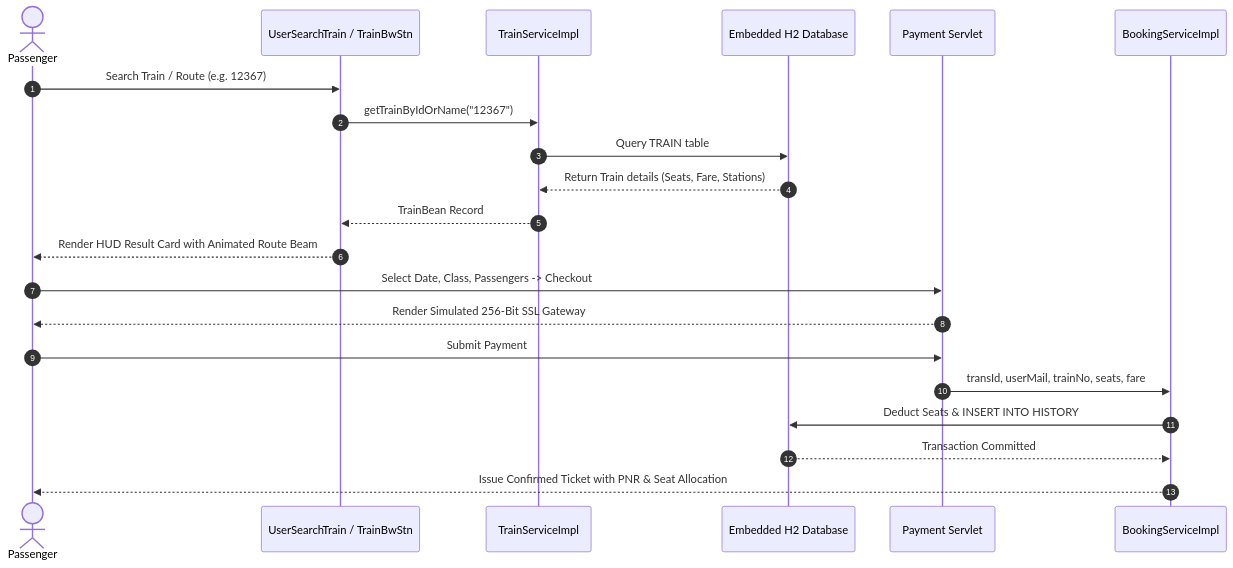
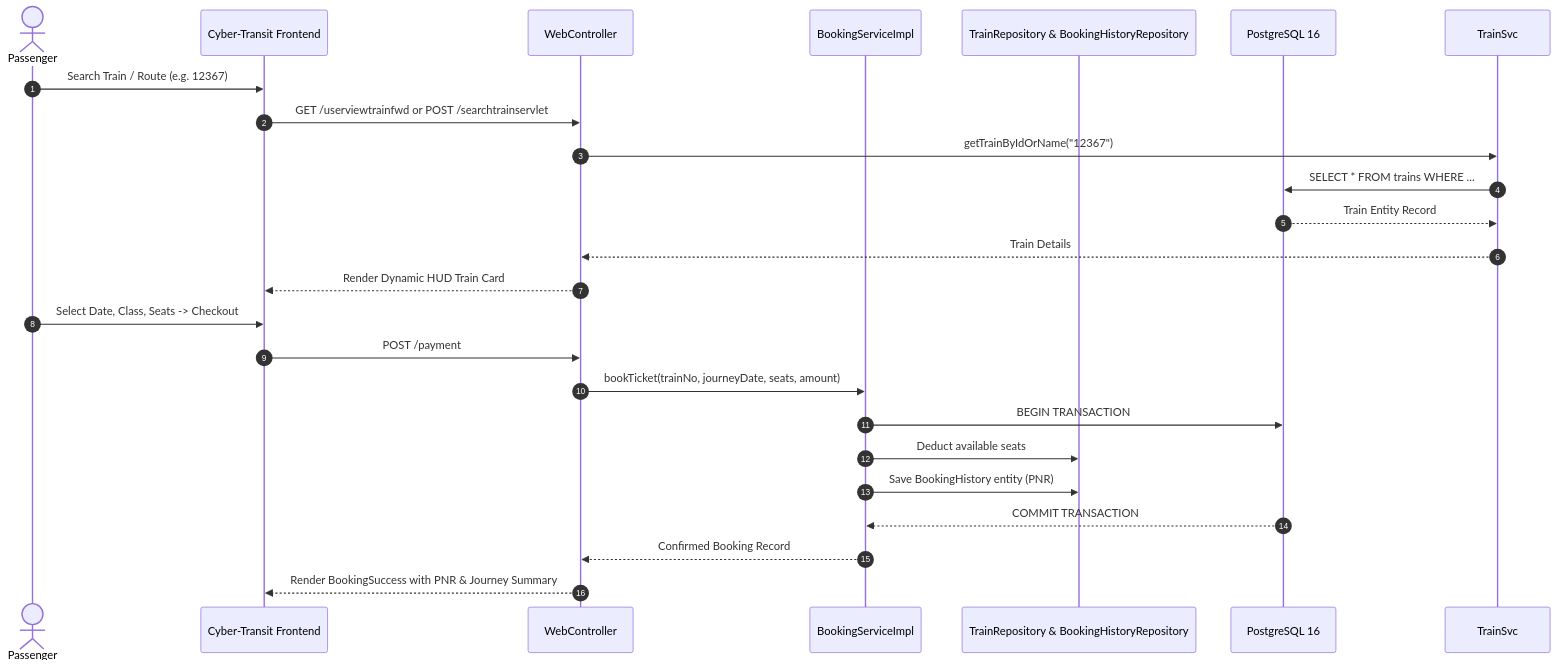
The second of 2 diagrams in README.md (Infernapx/TrainTkt), drawn with Mermaid before and after one commit. The commit also changed other lines of this file and 122 other files, not shown here.

Commit message:
feat: modernize to Java 25, Spring Boot 3.3, Spring Security 6, Spring Data JPA, and PostgreSQL

````diff
--- a/README.md
+++ b/README.md
@@ -97,25 +97,28 @@
 ```mermaid
 sequenceDiagram
     autonumber
     actor Passenger
-    participant Servlet as UserSearchTrain / TrainBwStn
-    participant Service as TrainServiceImpl
-    participant DB as Embedded H2 Database
-    participant Payment as Payment Servlet
-    participant Booking as BookingServiceImpl
+    participant UI as Cyber-Transit Frontend
+    participant Ctrl as WebController
+    participant BookSvc as BookingServiceImpl
+    participant Repo as TrainRepository & BookingHistoryRepository
+    participant DB as PostgreSQL 16
 
-    Passenger->>Servlet: Search Train / Route (e.g. 12367)
-    Servlet->>Service: getTrainByIdOrName("12367")
-    Service->>DB: Query TRAIN table
-    DB-->>Service: Return Train details (Seats, Fare, Stations)
-    Service-->>Servlet: TrainBean Record
-    Servlet-->>Passenger: Render HUD Result Card with Animated Route Beam
+    Passenger->>UI: Search Train / Route (e.g. 12367)
+    UI->>Ctrl: GET /userviewtrainfwd or POST /searchtrainservlet
+    Ctrl->>TrainSvc: getTrainByIdOrName("12367")
+    TrainSvc->>DB: SELECT * FROM trains WHERE ...
+    DB-->>TrainSvc: Train Entity Record
+    TrainSvc-->>Ctrl: Train Details
+    Ctrl-->>UI: Render Dynamic HUD Train Card
 
-    Passenger->>Payment: Select Date, Class, Passengers -> Checkout
-    Payment-->>Passenger: Render Simulated 256-Bit SSL Gateway
-    Passenger->>Payment: Submit Payment
-    Payment->>Booking: transId, userMail, trainNo, seats, fare
-    Booking->>DB: Deduct Seats & INSERT INTO HISTORY
-    DB-->>Booking: Transaction Committed
-    Booking-->>Passenger: Issue Confirmed Ticket with PNR & Seat Allocation
+    Passenger->>UI: Select Date, Class, Seats -> Checkout
+    UI->>Ctrl: POST /payment
+    Ctrl->>BookSvc: bookTicket(trainNo, journeyDate, seats, amount)
+    BookSvc->>DB: BEGIN TRANSACTION
+    BookSvc->>Repo: Deduct available seats
+    BookSvc->>Repo: Save BookingHistory entity (PNR)
+    DB-->>BookSvc: COMMIT TRANSACTION
+    BookSvc-->>Ctrl: Confirmed Booking Record
+    Ctrl-->>UI: Render BookingSuccess with PNR & Journey Summary
 ```
````
